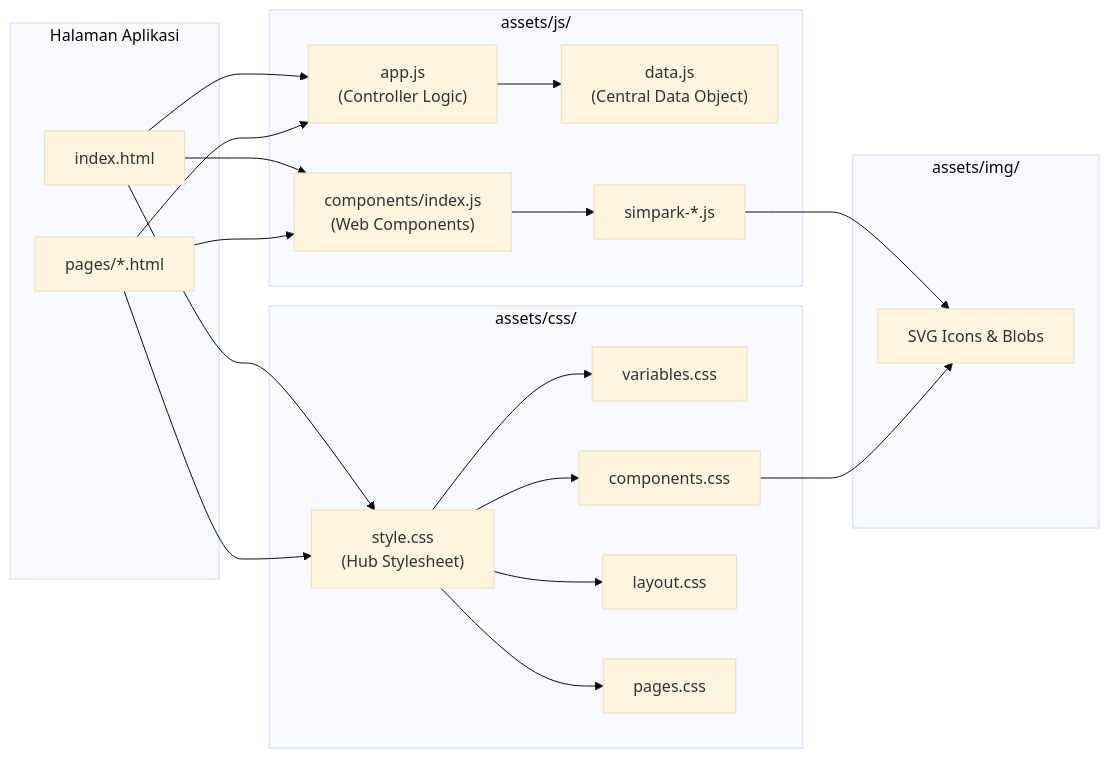
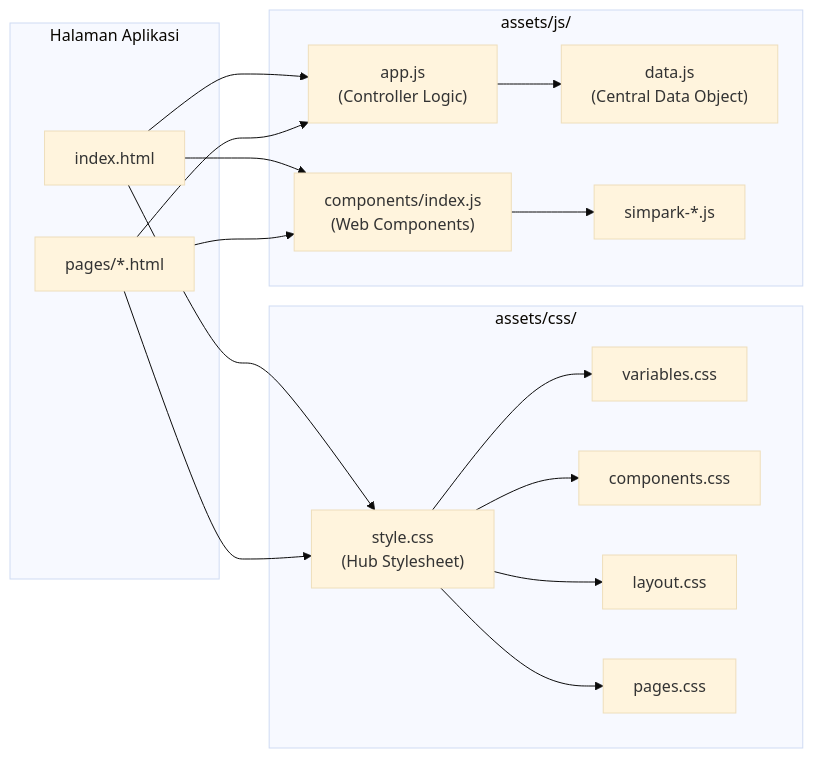
Before and after one commit to adityarajadn/SIMPARK: the diagram in assets/README.md, drawn with Mermaid (base theme). The commit also changed other lines of this file and 17 other files, not shown here.

Commit message:
chore: remove unused assets/img directory and update documentation

````diff
--- a/assets/README.md
+++ b/assets/README.md
@@ -45,45 +38,38 @@
 ```mermaid
 flowchart LR
     subgraph HTML_Pages["Halaman Aplikasi"]
         Index["index.html"]
         Pages["pages/*.html"]
     end
 
     subgraph CSS_Bundle["assets/css/"]
         StyleCSS["style.css<br>(Hub Stylesheet)"]
         VariablesCSS["variables.css"]
         ComponentsCSS["components.css"]
         LayoutCSS["layout.css"]
         PagesCSS["pages.css"]
 
         StyleCSS --> VariablesCSS
         StyleCSS --> LayoutCSS
         StyleCSS --> ComponentsCSS
         StyleCSS --> PagesCSS
     end
 
     subgraph JS_Bundle["assets/js/"]
         AppJS["app.js<br>(Controller Logic)"]
         DataJS["data.js<br>(Central Data Object)"]
         ComponentsIndex["components/index.js<br>(Web Components)"]
         
         AppJS --> DataJS
         ComponentsIndex --> Components["simpark-*.js"]
     end
 
-    subgraph Img_Assets["assets/img/"]
-        SVGIcons["SVG Icons & Blobs"]
-    end
-
     Index --> StyleCSS
     Pages --> StyleCSS
 
     Index --> ComponentsIndex
     Pages --> ComponentsIndex
 
     Index --> AppJS
     Pages --> AppJS
-
-    Components --> SVGIcons
-    ComponentsCSS --> SVGIcons
 ```
````
